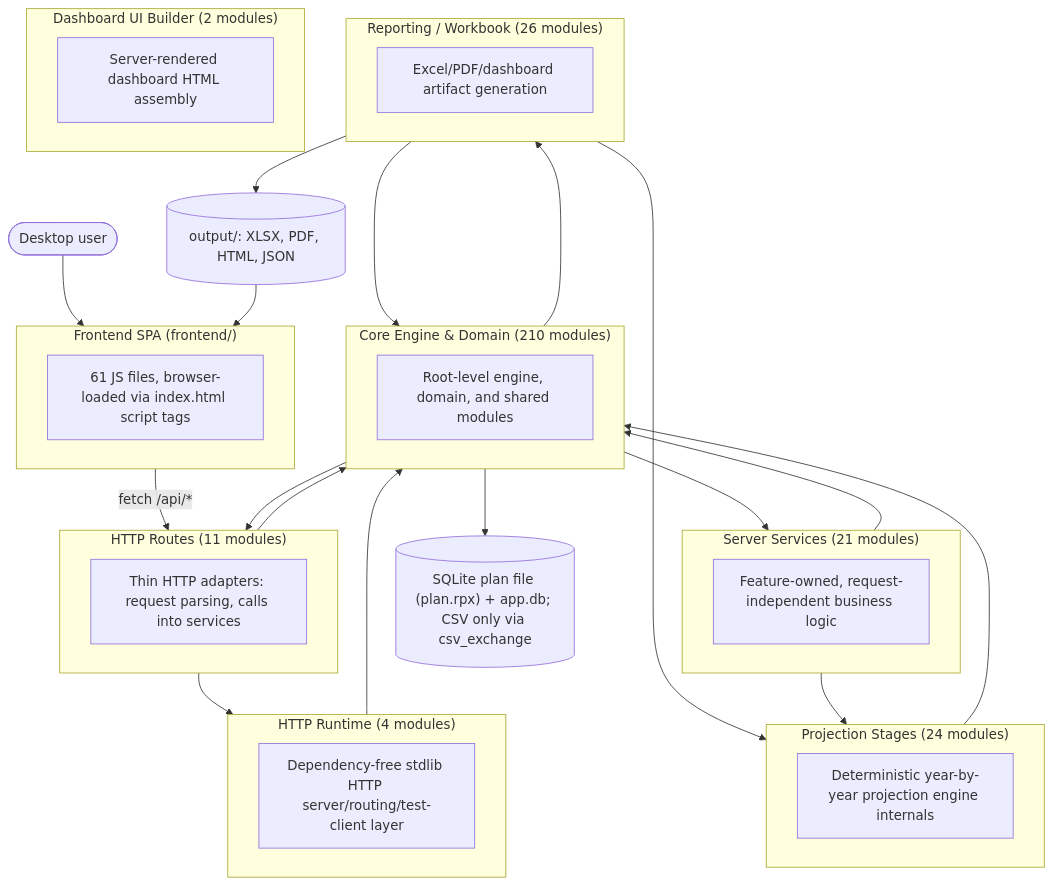
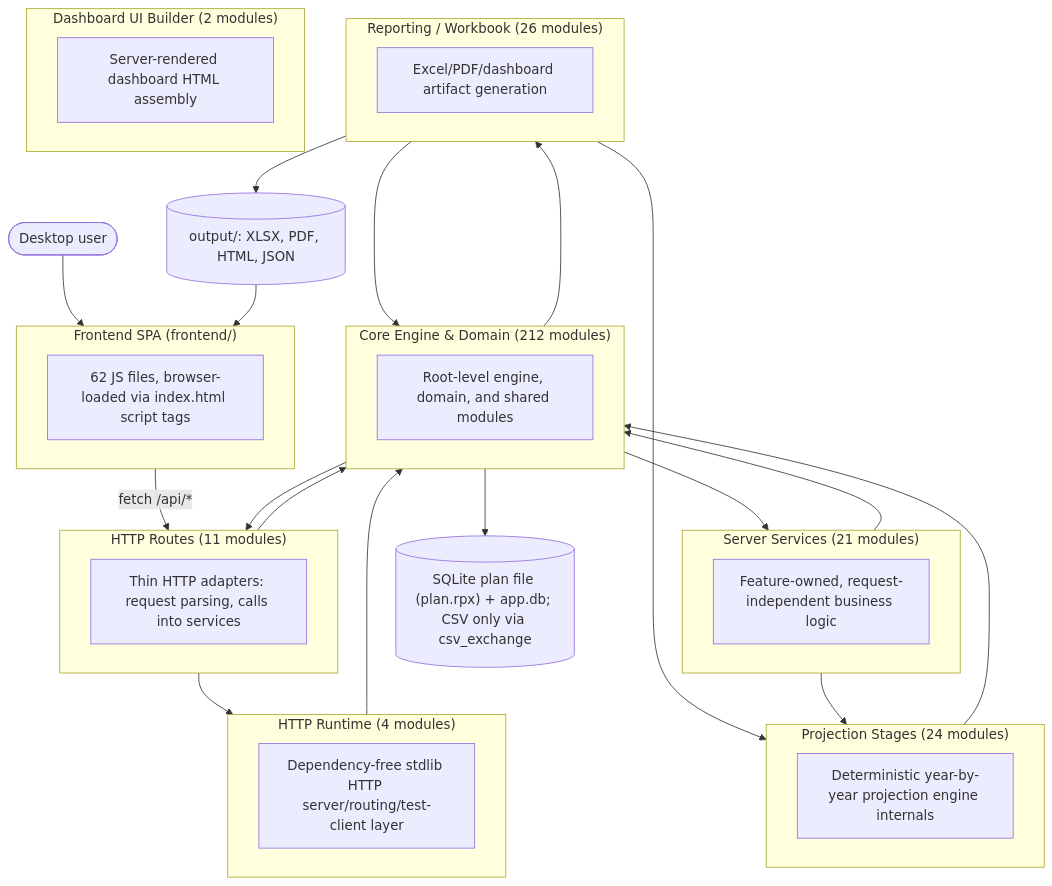
The first of 2 diagrams in documentation/reference/SYSTEM_ARCHITECTURE_DIAGRAM.md (matthartzman/retirement_system), drawn with Mermaid before and after one commit. The commit also changed other lines of this file and 29 other files, not shown here.

First line of the commit message:
Transaction log phase 2 (tasks 2.1-2.6): schema v20, service, dual-write, panel (#341)

````diff
--- a/documentation/reference/SYSTEM_ARCHITECTURE_DIAGRAM.md
+++ b/documentation/reference/SYSTEM_ARCHITECTURE_DIAGRAM.md
@@ -11,43 +11,43 @@
 ```mermaid
 flowchart TB
     User(["Desktop user"]) --> FE
     subgraph FE["Frontend SPA (frontend/)"]
-        FEcount["61 JS files, browser-loaded via index.html script tags"]
+        FEcount["62 JS files, browser-loaded via index.html script tags"]
     end
     FE -->|fetch /api/*| L_HTTP_Routes
     subgraph L_HTTP_Routes["HTTP Routes (11 modules)"]
         L_HTTP_Routes_d["Thin HTTP adapters: request parsing, calls into services"]
     end
     subgraph L_Server_Services["Server Services (21 modules)"]
         L_Server_Services_d["Feature-owned, request-independent business logic"]
     end
     subgraph L_HTTP_Runtime["HTTP Runtime (4 modules)"]
         L_HTTP_Runtime_d["Dependency-free stdlib HTTP server/routing/test-client layer"]
     end
-    subgraph L_Core_Engine___Domain["Core Engine & Domain (210 modules)"]
+    subgraph L_Core_Engine___Domain["Core Engine & Domain (212 modules)"]
         L_Core_Engine___Domain_d["Root-level engine, domain, and shared modules"]
     end
     subgraph L_Projection_Stages["Projection Stages (24 modules)"]
         L_Projection_Stages_d["Deterministic year-by-year projection engine internals"]
     end
     subgraph L_Reporting___Workbook["Reporting / Workbook (26 modules)"]
         L_Reporting___Workbook_d["Excel/PDF/dashboard artifact generation"]
     end
     subgraph L_Dashboard_UI_Builder["Dashboard UI Builder (2 modules)"]
         L_Dashboard_UI_Builder_d["Server-rendered dashboard HTML assembly"]
     end
     L_Core_Engine___Domain --> L_HTTP_Routes
     L_Core_Engine___Domain --> L_Reporting___Workbook
     L_Core_Engine___Domain --> L_Server_Services
     L_HTTP_Routes --> L_Core_Engine___Domain
     L_HTTP_Routes --> L_HTTP_Runtime
     L_HTTP_Runtime --> L_Core_Engine___Domain
     L_Projection_Stages --> L_Core_Engine___Domain
     L_Reporting___Workbook --> L_Core_Engine___Domain
     L_Reporting___Workbook --> L_Projection_Stages
     L_Server_Services --> L_Core_Engine___Domain
     L_Server_Services --> L_Projection_Stages
     L_Core_Engine___Domain --> DB[("SQLite plan file (plan.rpx) + app.db; CSV only via csv_exchange")]
     L_Reporting___Workbook --> Outputs[("output/: XLSX, PDF, HTML, JSON")]
     Outputs --> FE
 ```
````
